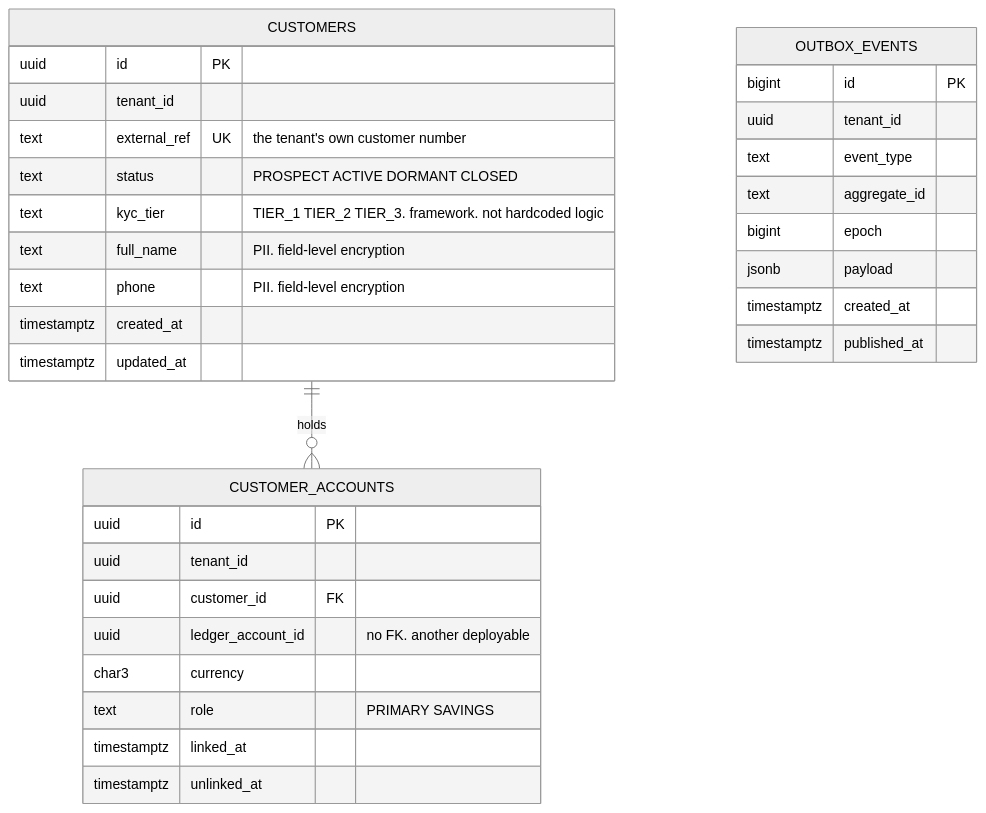
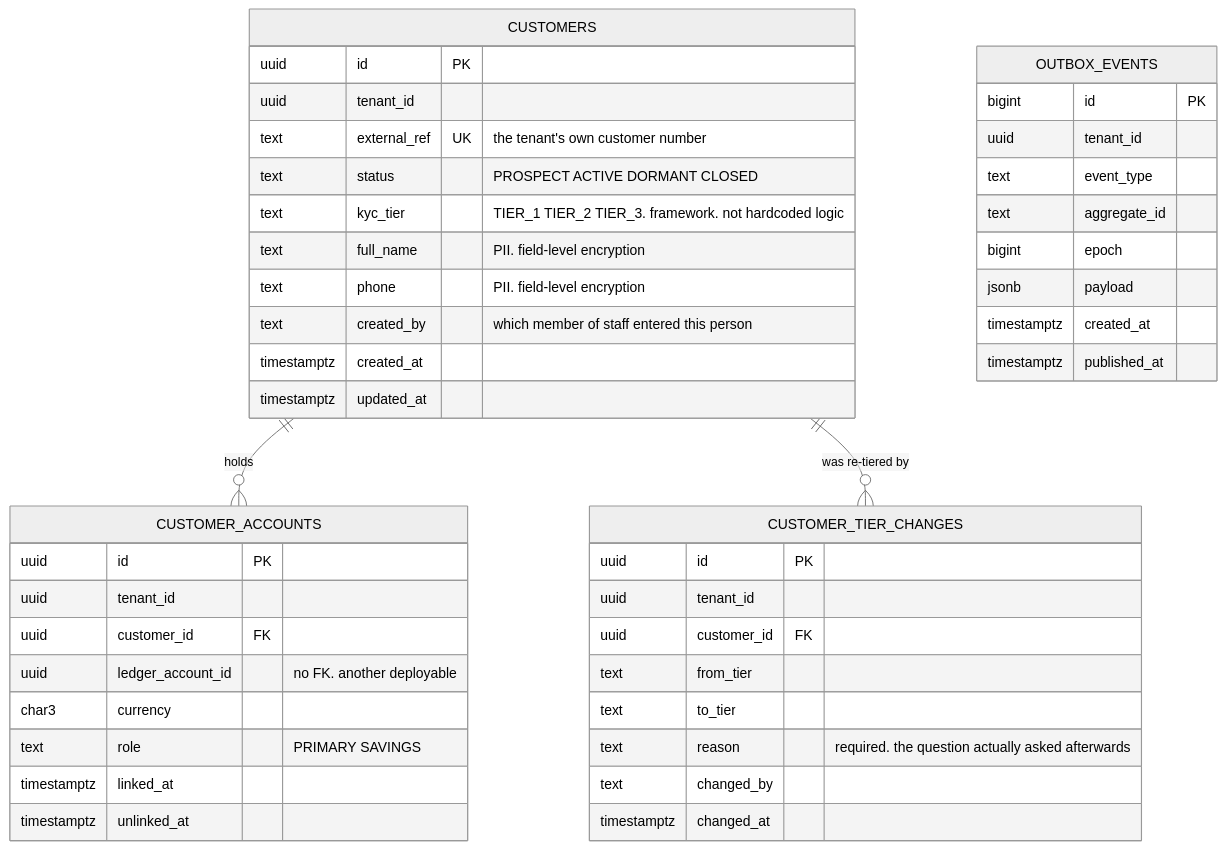
One commit to Elyonar/fincore changed the second of 3 diagrams in services/core/docs/data-model.md. Above: the diagram before and after it, drawn with Mermaid (neutral theme). The commit also changed other lines of this file and 32 other files, not shown here.

````diff
--- a/services/core/docs/data-model.md
+++ b/services/core/docs/data-model.md
@@ -177,36 +177,48 @@
 ```mermaid
 erDiagram
     CUSTOMERS ||--o{ CUSTOMER_ACCOUNTS : "holds"
+    CUSTOMERS ||--o{ CUSTOMER_TIER_CHANGES : "was re-tiered by"
 
     CUSTOMERS {
         uuid id PK
         uuid tenant_id
         text external_ref UK "the tenant's own customer number"
         text status "PROSPECT ACTIVE DORMANT CLOSED"
         text kyc_tier "TIER_1 TIER_2 TIER_3. framework. not hardcoded logic"
         text full_name "PII. field-level encryption"
         text phone "PII. field-level encryption"
+        text created_by "which member of staff entered this person"
         timestamptz created_at
         timestamptz updated_at
     }
     CUSTOMER_ACCOUNTS {
         uuid id PK
         uuid tenant_id
         uuid customer_id FK
         uuid ledger_account_id "no FK. another deployable"
         char3 currency
         text role "PRIMARY SAVINGS"
         timestamptz linked_at
         timestamptz unlinked_at
     }
+    CUSTOMER_TIER_CHANGES {
+        uuid id PK
+        uuid tenant_id
+        uuid customer_id FK
+        text from_tier
+        text to_tier
+        text reason "required. the question actually asked afterwards"
+        text changed_by
+        timestamptz changed_at
+    }
     OUTBOX_EVENTS {
         bigint id PK
         uuid tenant_id
         text event_type
         text aggregate_id
         bigint epoch
         jsonb payload
         timestamptz created_at
         timestamptz published_at
     }
 ```
````
